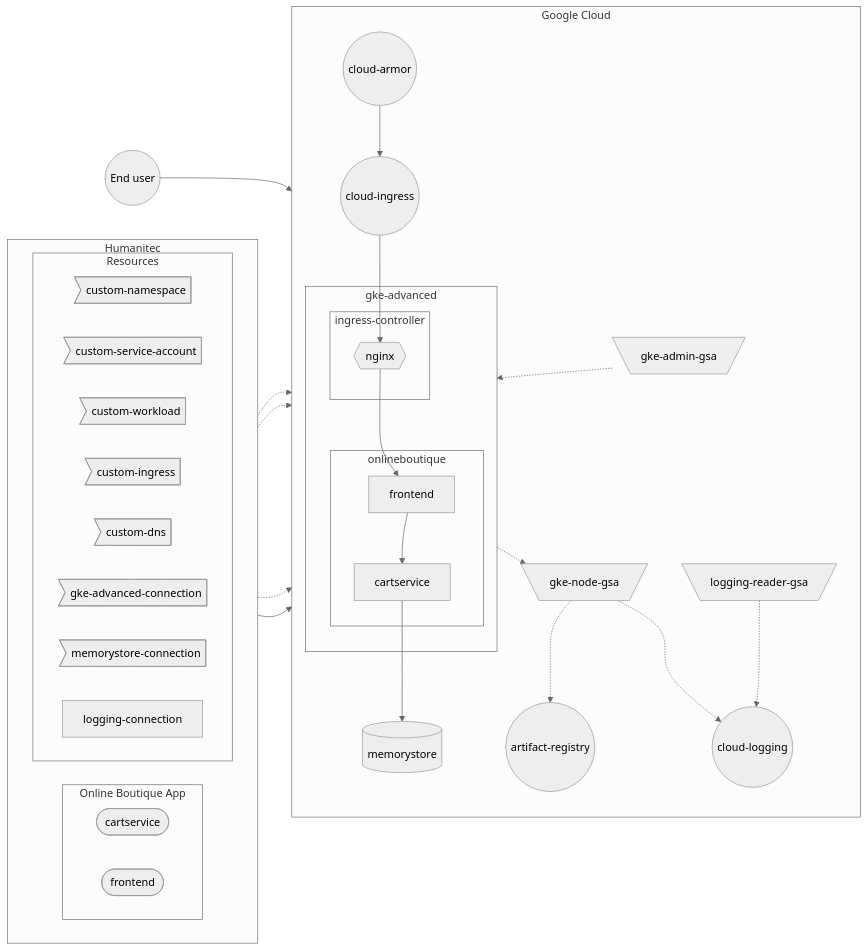
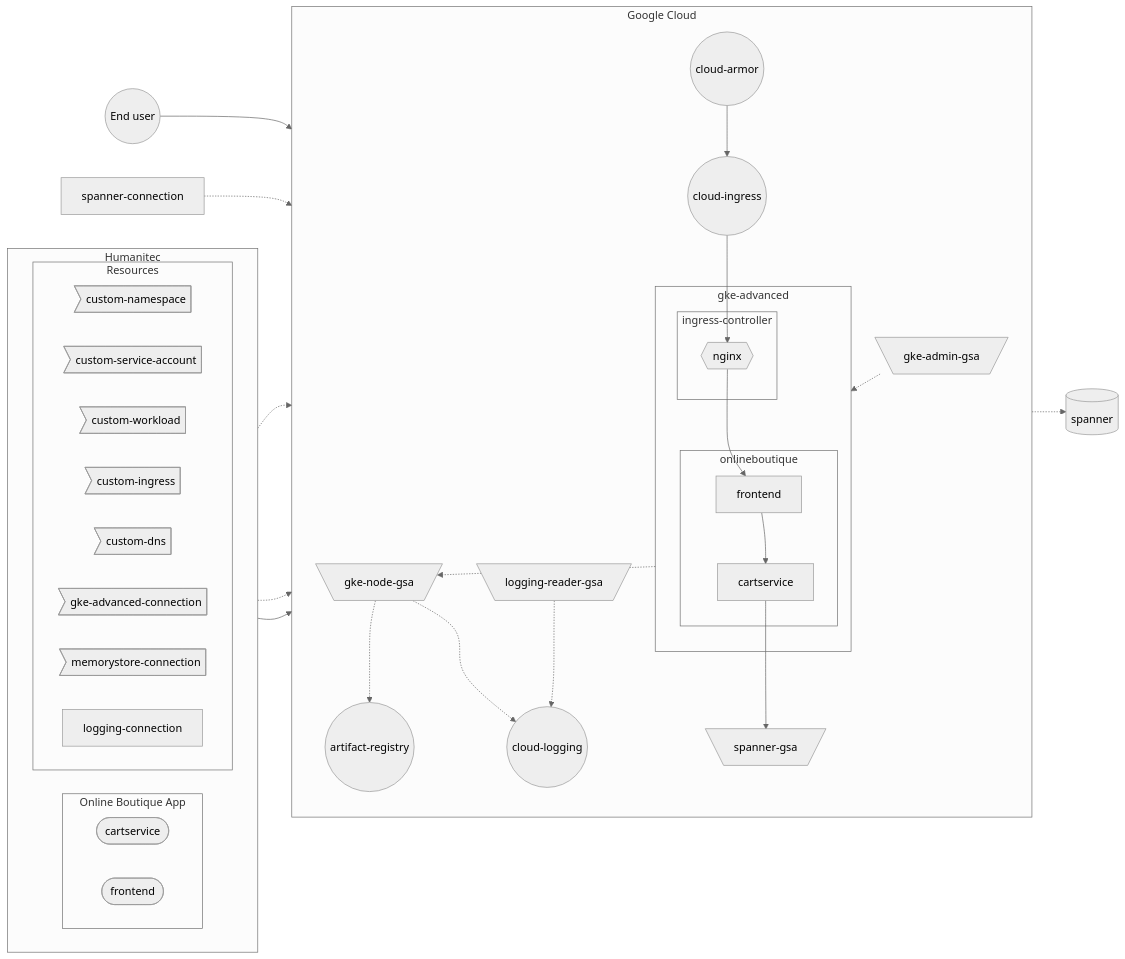
The diagram in docs/gke-advanced.md (mathieu-benoit/hello-humanitec), drawn with Mermaid (neutral theme) before and after one commit.

Commit message:
spanner in graph

````diff
--- a/docs/gke-advanced.md
+++ b/docs/gke-advanced.md
@@ -15,49 +15,51 @@
 ```mermaid
 flowchart LR
   subgraph Humanitec
     direction LR
     subgraph onlineboutique-app [Online Boutique App]
       direction LR
       cartservice-workload([cartservice])
       frontend-workload([frontend])
     end
     subgraph Resources
         custom-namespace>custom-namespace]
         custom-service-account>custom-service-account]
         custom-workload>custom-workload]
         custom-ingress>custom-ingress]
         custom-dns>custom-dns]
         gke-advanced-connection>gke-advanced-connection]
         memorystore-connection>memorystore-connection]
         logging-connection
     end
   end
   subgraph Google Cloud
     direction TB
     subgraph gke-advanced
         subgraph ingress-controller
             nginx{{nginx}}
         end
         subgraph onlineboutique
             frontend-->cartservice
         end
         nginx-->frontend
     end
     gke-admin-gsa[\gke-admin-gsa/]
-    memorystore-connection-.->memorystore[(memorystore)]
     onlineboutique-app-->onlineboutique
-    cartservice-->memorystore
     logging-reader-gsa[\logging-reader-gsa/]
     cloud-logging((cloud-logging))
     gke-advanced-.->gke-node-gsa[\gke-node-gsa/]
     gke-node-gsa-.->artifact-registry((artifact-registry))
     gke-node-gsa-.->cloud-logging
     cloud-armor((cloud-armor))-->cloud-ingress((cloud-ingress))
+    spanner-gsa[\spanner-gsa/]
   end
   enduser((End user))-->cloud-armor
   cloud-ingress-->nginx
   logging-connection-.->logging-reader-gsa
   logging-reader-gsa-.->cloud-logging
   gke-advanced-connection-.->gke-admin-gsa
   gke-admin-gsa-.->gke-advanced
+  spanner-connection-.->spanner-gsa
+  spanner-gsa-.->spanner[(spanner)]
+  cartservice-->spanner-gsa
 ```
````
